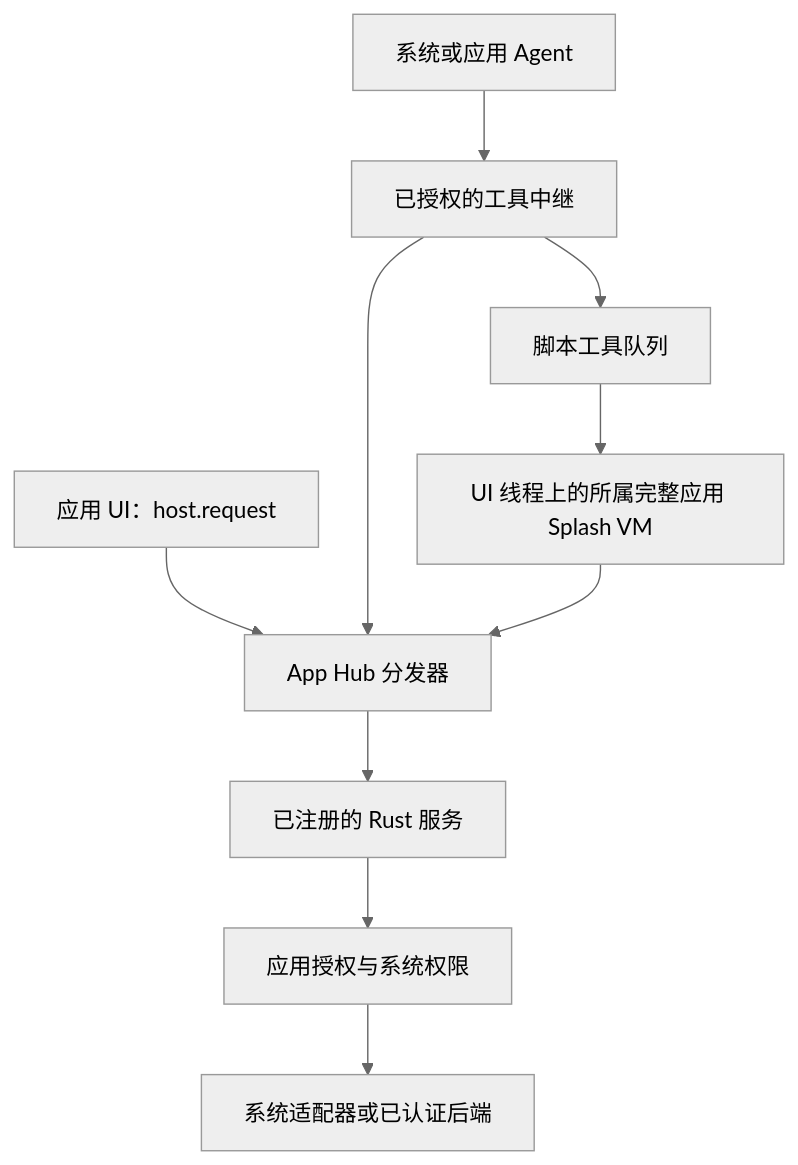
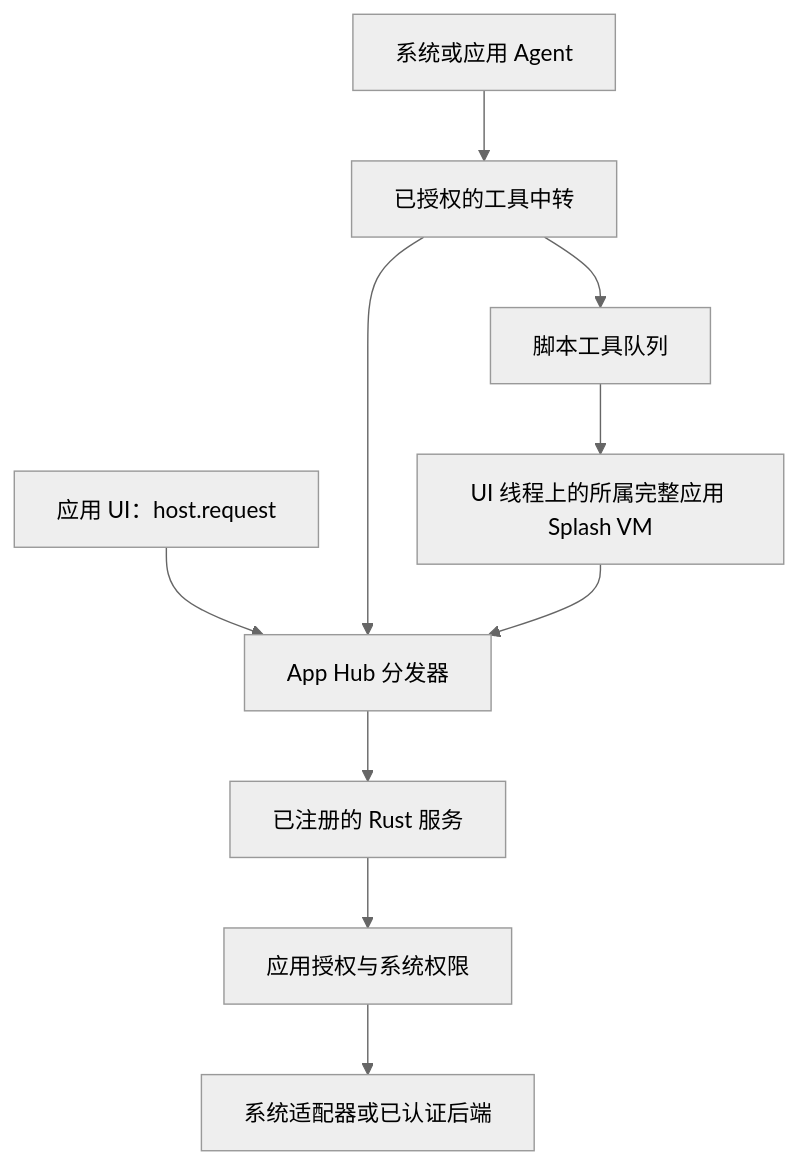
One commit to OctoSense-org/OctoSense changed the diagram in docs/adr/0012-app-host-api-discovery.zh-CN.md. Above: the diagram before and after it, drawn with Mermaid (neutral theme). The commit also changed other lines of this file and 12 other files, not shown here.

````diff
--- a/docs/adr/0012-app-host-api-discovery.zh-CN.md
+++ b/docs/adr/0012-app-host-api-discovery.zh-CN.md
@@ -49,12 +35,12 @@
 ```mermaid
 flowchart TD
     UI[应用 UI：host.request] --> D[App Hub 分发器]
-    A[系统或应用 Agent] --> R[已授权的工具中继]
+    A[系统或应用 Agent] --> R[已授权的工具中转]
     R --> D
     R --> Q[脚本工具队列]
     Q --> V[UI 线程上的所属完整应用 Splash VM]
     V --> D
     D --> S[已注册的 Rust 服务]
     S --> P[应用授权与系统权限]
     P --> O[系统适配器或已认证后端]
 ```
````
